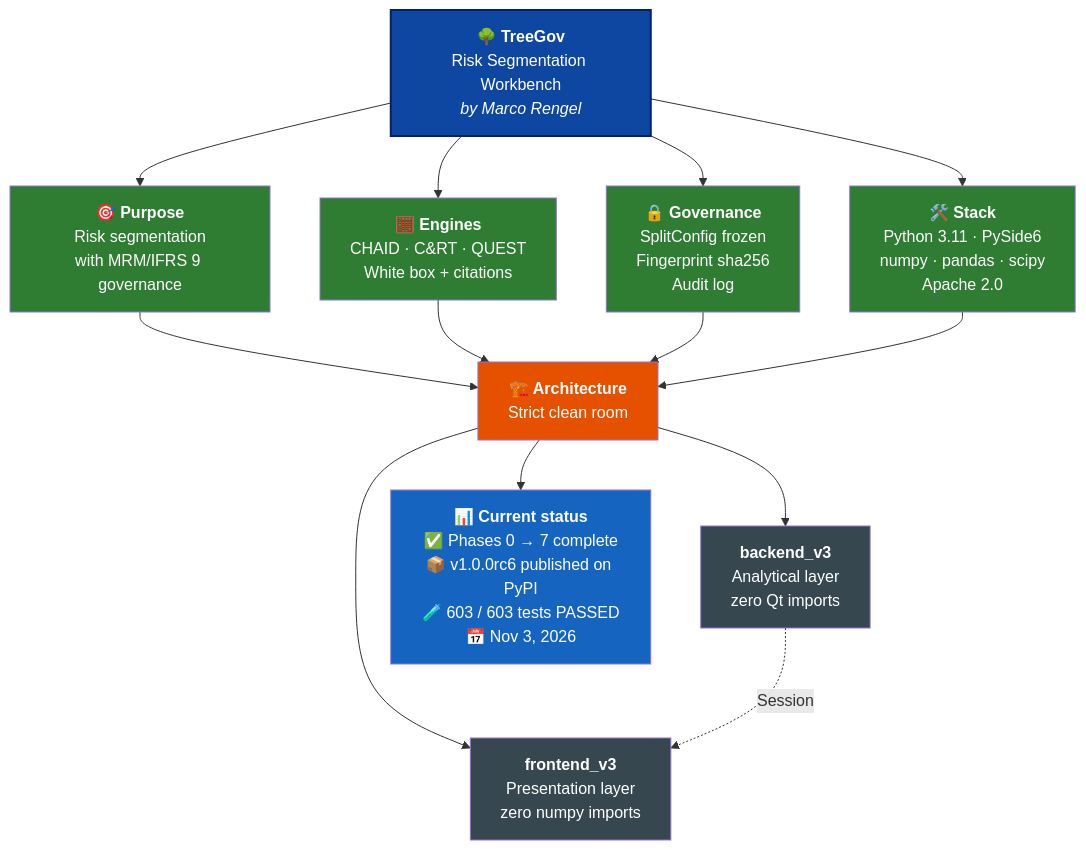
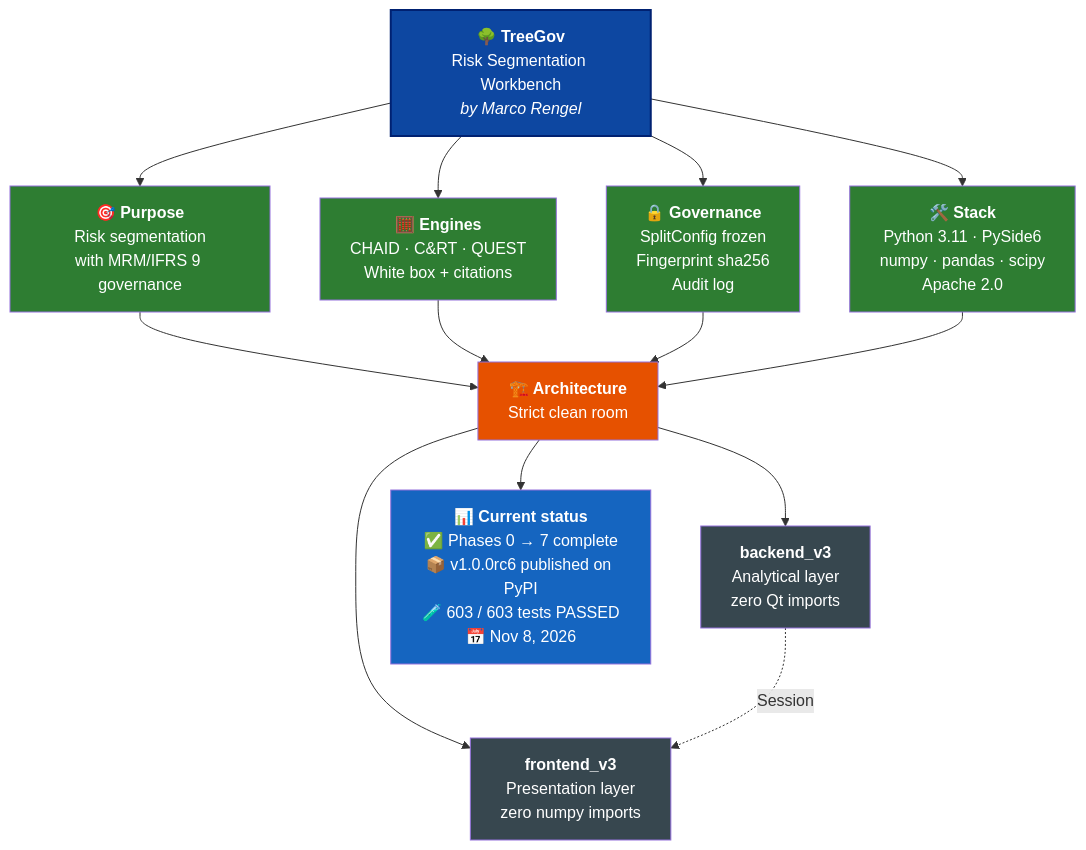
Before and after one commit to Marco-Rengel/treegov: the diagram in README.md, drawn with Mermaid. The commit also changed 5 other files, not shown here.

````diff
--- a/README.md
+++ b/README.md
@@ -38,31 +38,31 @@
 ```mermaid
 flowchart TB
     TG["<b>🌳 TreeGov</b><br/>Risk Segmentation Workbench<br/><i>by Marco Rengel</i>"]
 
     TG --> P["<b>🎯 Purpose</b><br/>Risk segmentation<br/>with MRM/IFRS 9 governance"]
     TG --> M["<b>🧮 Engines</b><br/>CHAID · C&RT · QUEST<br/>White box + citations"]
     TG --> G["<b>🔒 Governance</b><br/>SplitConfig frozen<br/>Fingerprint sha256<br/>Audit log"]
     TG --> S["<b>🛠️ Stack</b><br/>Python 3.11 · PySide6<br/>numpy · pandas · scipy<br/>Apache 2.0"]
 
     P --> ARQ["<b>🏗️ Architecture</b><br/>Strict clean room"]
     M --> ARQ
     G --> ARQ
     S --> ARQ
 
     ARQ --> BE["<b>backend_v3</b><br/>Analytical layer<br/>zero Qt imports"]
     ARQ --> FE["<b>frontend_v3</b><br/>Presentation layer<br/>zero numpy imports"]
 
     BE -.->|Session| FE
 
-    ARQ --> ST["<b>📊 Current status</b><br/>✅ Phases 0 → 7 complete<br/>📦 v1.0.0rc6 published on PyPI<br/>🧪 603 / 603 tests PASSED<br/>📅 Nov 3, 2026"]
+    ARQ --> ST["<b>📊 Current status</b><br/>✅ Phases 0 → 7 complete<br/>📦 v1.0.0rc6 published on PyPI<br/>🧪 603 / 603 tests PASSED<br/>📅 Nov 8, 2026"]
 
     style TG fill:#0D47A1,color:#fff,stroke:#002171,stroke-width:2px
     style P fill:#2E7D32,color:#fff
     style M fill:#2E7D32,color:#fff
     style G fill:#2E7D32,color:#fff
     style S fill:#2E7D32,color:#fff
     style ARQ fill:#E65100,color:#fff
     style BE fill:#37474F,color:#fff
     style FE fill:#37474F,color:#fff
     style ST fill:#1565C0,color:#fff
 ```
````
